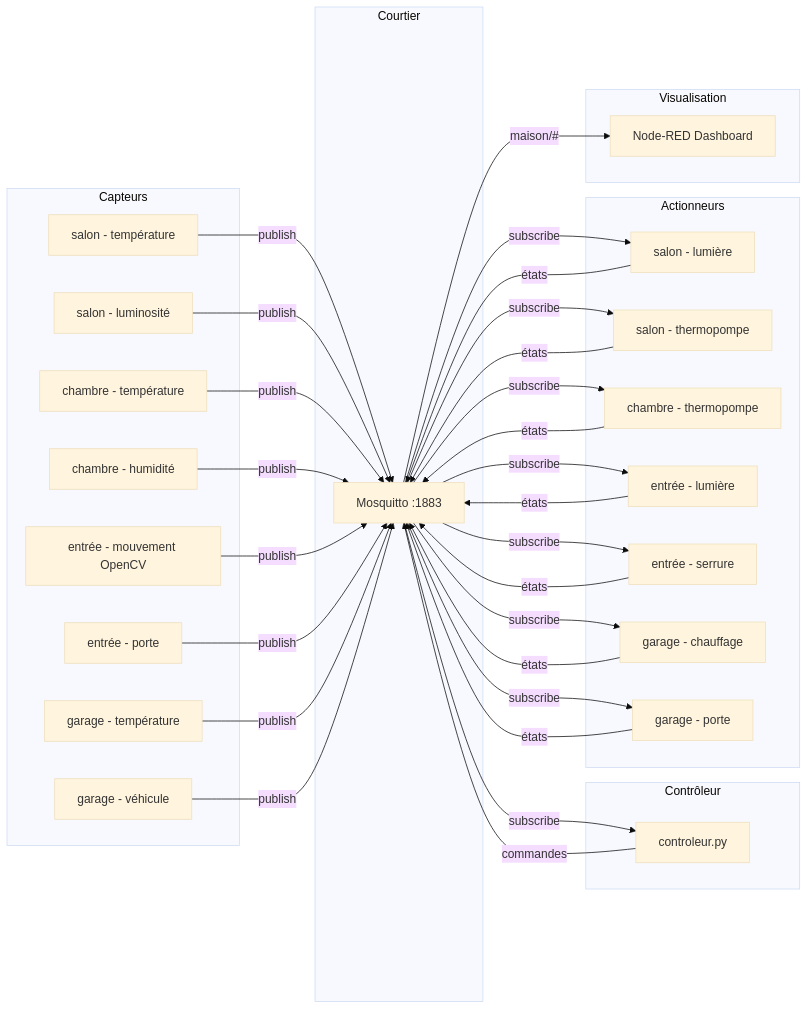
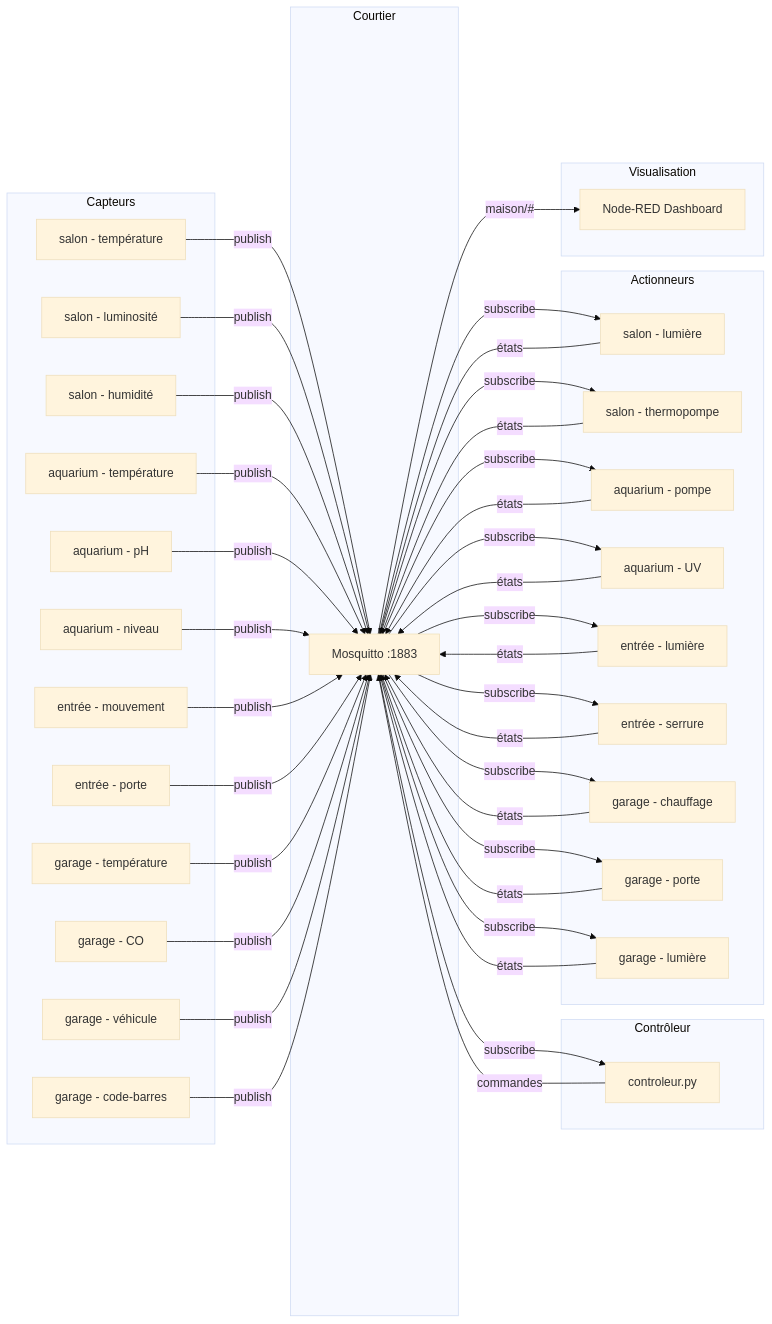
Before and after one commit to LauraSorro1/maison-intelligente-nestor: the diagram in README.md, drawn with Mermaid (base theme). The commit also changed other lines of this file, not shown here.

Commit message:
Mettre à jour le README : nouvelle architecture sans chambre, aquarium complet, garage CO/barcode

````diff
--- a/README.md
+++ b/README.md
@@ -12,42 +12,48 @@
 ```mermaid
 graph LR
     subgraph Capteurs
         C1[salon - température]
         C2[salon - luminosité]
-        C3[chambre - température]
-        C4[chambre - humidité]
-        C5[entrée - mouvement OpenCV]
-        C6[entrée - porte]
-        C7[garage - température]
-        C8[garage - véhicule]
+        C3[salon - humidité]
+        C4[aquarium - température]
+        C5[aquarium - pH]
+        C6[aquarium - niveau]
+        C7[entrée - mouvement]
+        C8[entrée - porte]
+        C9[garage - température]
+        C10[garage - CO]
+        C11[garage - véhicule]
+        C12[garage - code-barres]
     end
 
     subgraph Courtier
         M[Mosquitto :1883]
     end
 
     subgraph Contrôleur
         K[controleur.py]
     end
 
     subgraph Actionneurs
         A1[salon - lumière]
         A2[salon - thermopompe]
-        A3[chambre - thermopompe]
-        A4[entrée - lumière]
-        A5[entrée - serrure]
-        A6[garage - chauffage]
-        A7[garage - porte]
+        A3[aquarium - pompe]
+        A4[aquarium - UV]
+        A5[entrée - lumière]
+        A6[entrée - serrure]
+        A7[garage - chauffage]
+        A8[garage - porte]
+        A9[garage - lumière]
     end
 
     subgraph Visualisation
         N[Node-RED Dashboard]
     end
 
-    C1 & C2 & C3 & C4 & C5 & C6 & C7 & C8 -->|publish| M
+    C1 & C2 & C3 & C4 & C5 & C6 & C7 & C8 & C9 & C10 & C11 & C12 -->|publish| M
     M -->|subscribe| K
     K -->|commandes| M
-    M -->|subscribe| A1 & A2 & A3 & A4 & A5 & A6 & A7
-    A1 & A2 & A3 & A4 & A5 & A6 & A7 -->|états| M
+    M -->|subscribe| A1 & A2 & A3 & A4 & A5 & A6 & A7 & A8 & A9
+    A1 & A2 & A3 & A4 & A5 & A6 & A7 & A8 & A9 -->|états| M
     M -->|maison/#| N
 ```
````
